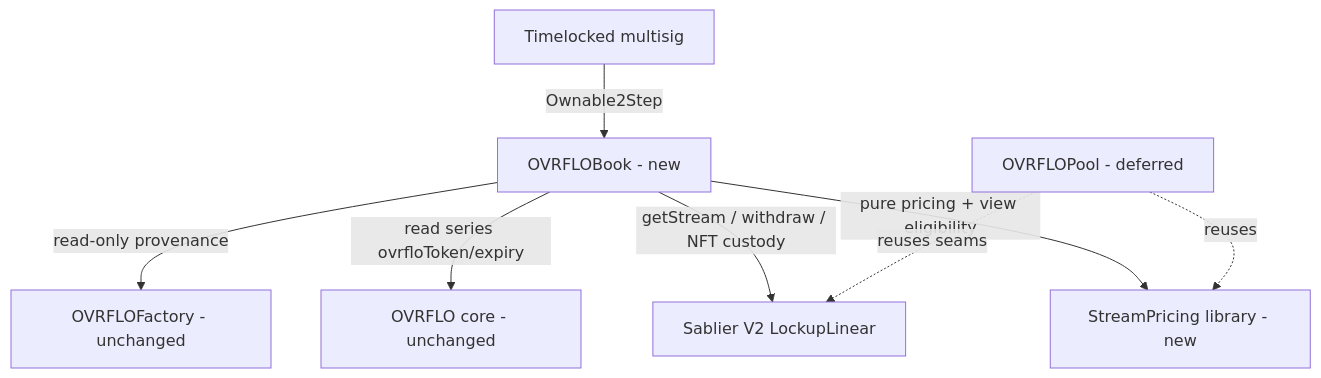
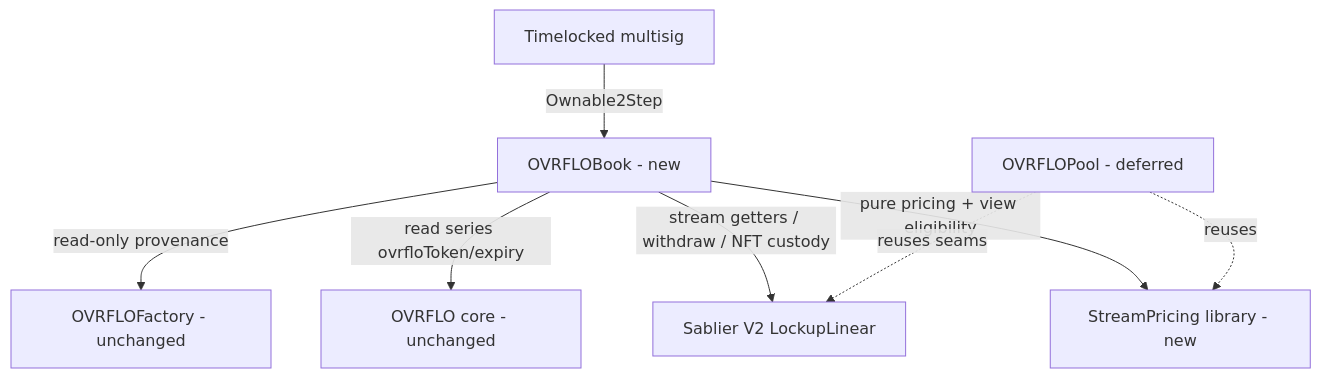
One commit to ayeslick/OVRFLO changed the first of 2 diagrams in docs/plans/2026-06-20-001-feat-ovrflo-secondary-market-book-plan.md. Above: the diagram before and after it, drawn with Mermaid. The commit also changed other lines of this file and 3 other files, not shown here.

````diff
--- a/docs/plans/2026-06-20-001-feat-ovrflo-secondary-market-book-plan.md
+++ b/docs/plans/2026-06-20-001-feat-ovrflo-secondary-market-book-plan.md
@@ -140,10 +168,10 @@
 ```mermaid
 flowchart TB
   MS[Timelocked multisig] -->|Ownable2Step| BOOK[OVRFLOBook - new]
   BOOK -->|read-only provenance| FAC[OVRFLOFactory - unchanged]
   BOOK -->|read series ovrfloToken/expiry| CORE[OVRFLO core - unchanged]
-  BOOK -->|getStream / withdraw / NFT custody| SAB[Sablier V2 LockupLinear]
+  BOOK -->|stream getters / withdraw / NFT custody| SAB[Sablier V2 LockupLinear]
   BOOK -->|pure pricing + view eligibility| LIB[StreamPricing library - new]
   POOL[OVRFLOPool - deferred] -.reuses.-> LIB
   POOL -.reuses seams.-> SAB
 ```
````
